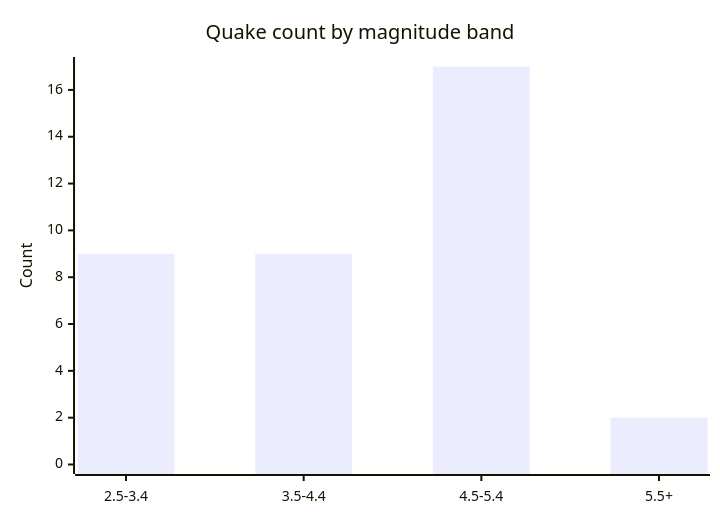
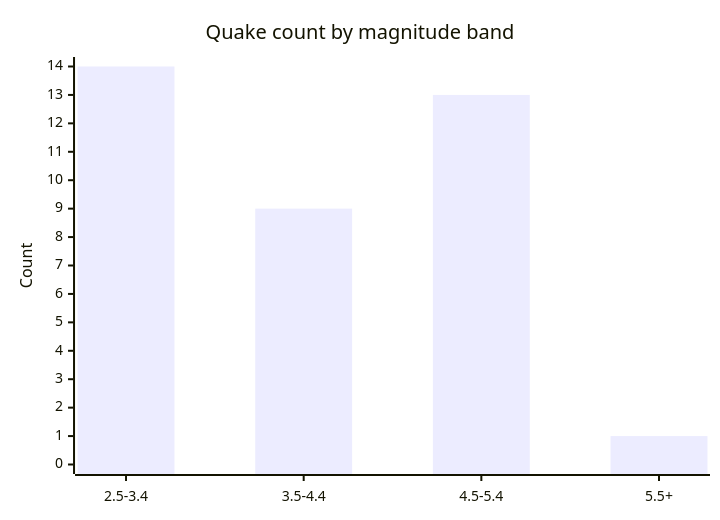
The fifth of 6 diagrams in docs/GRAPHS.md (Midwest-Stratospheric/aerostratospheric-defense-gir), drawn with Mermaid before and after one commit. The commit also changed other lines of this file and 24 other files, not shown here.

````diff
--- a/docs/GRAPHS.md
+++ b/docs/GRAPHS.md
@@ -82,7 +82,7 @@
 ```mermaid
 xychart-beta
   title "Quake count by magnitude band"
   x-axis ["2.5-3.4", "3.5-4.4", "4.5-5.4", "5.5+"]
-  y-axis "Count" 0 --> 17
-  bar [9, 9, 17, 2]
+  y-axis "Count" 0 --> 14
+  bar [14, 9, 13, 1]
 ```
````
